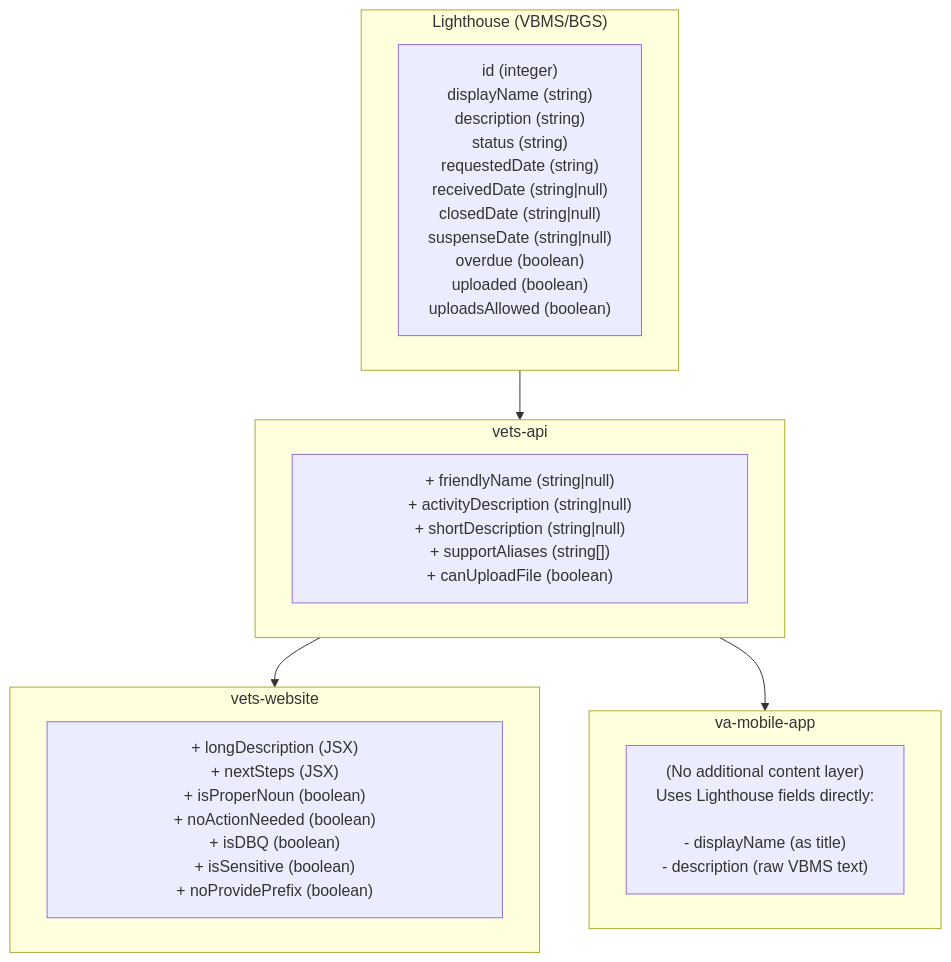
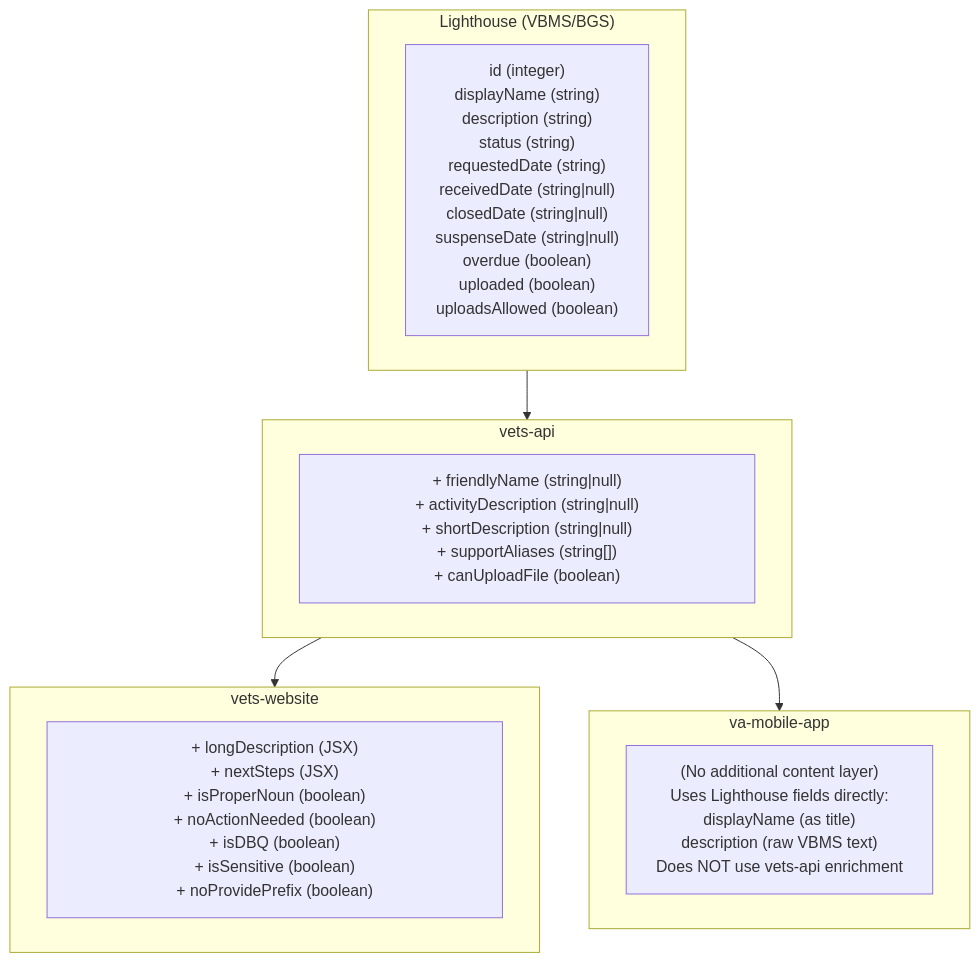
The diagram in products/claim-appeal-status/document-status/engineering/evidence_request_content_mappings.md (department-of-veterans-affairs/va.gov-team), drawn with Mermaid before and after one commit. The commit also changed other lines of this file, not shown here.

````diff
--- a/products/claim-appeal-status/document-status/engineering/evidence_request_content_mappings.md
+++ b/products/claim-appeal-status/document-status/engineering/evidence_request_content_mappings.md
@@ -9,49 +9,51 @@
 ```mermaid
 %%{init: {'flowchart': {'wrappingWidth': 400, 'useMaxWidth': false}}}%%
 flowchart TB
     subgraph Lighthouse["Lighthouse (VBMS/BGS)"]
         LH["`id (integer)
 displayName (string)
 description (string)
 status (string)
 requestedDate (string)
 receivedDate (string|null)
 closedDate (string|null)
 suspenseDate (string|null)
 overdue (boolean)
 uploaded (boolean)
 uploadsAllowed (boolean)`"]
     end
 
     subgraph VetsAPI["vets-api"]
         API["`+ friendlyName (string|null)
 + activityDescription (string|null)
 + shortDescription (string|null)
 + supportAliases (string[])
 + canUploadFile (boolean)`"]
     end
 
     subgraph VetsWebsite["vets-website"]
         Web["`+ longDescription (JSX)
 + nextSteps (JSX)
 + isProperNoun (boolean)
 + noActionNeeded (boolean)
 + isDBQ (boolean)
 + isSensitive (boolean)
 + noProvidePrefix (boolean)`"]
     end
 
     subgraph MobileApp["va-mobile-app"]
         Mobile["`(No additional content layer)
 
 Uses Lighthouse fields directly:
-<br>
-- displayName (as title)<br>
-- description (raw VBMS text)
-    `"]
+
+displayName (as title)
+
+description (raw VBMS text)
+
+Does NOT use vets-api enrichment`"]
     end
 
     Lighthouse --> VetsAPI
     VetsAPI --> VetsWebsite
     VetsAPI --> MobileApp
 ```
````
